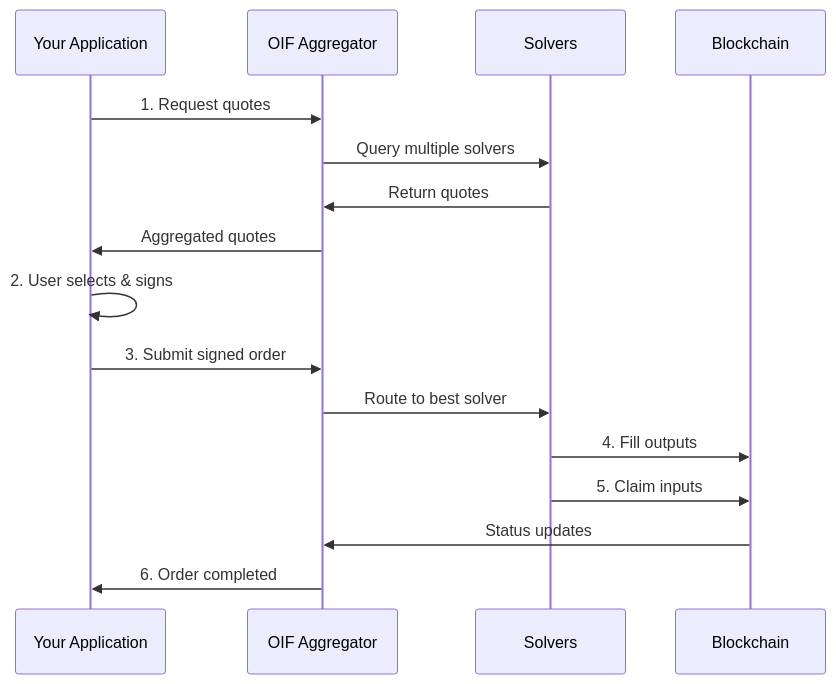
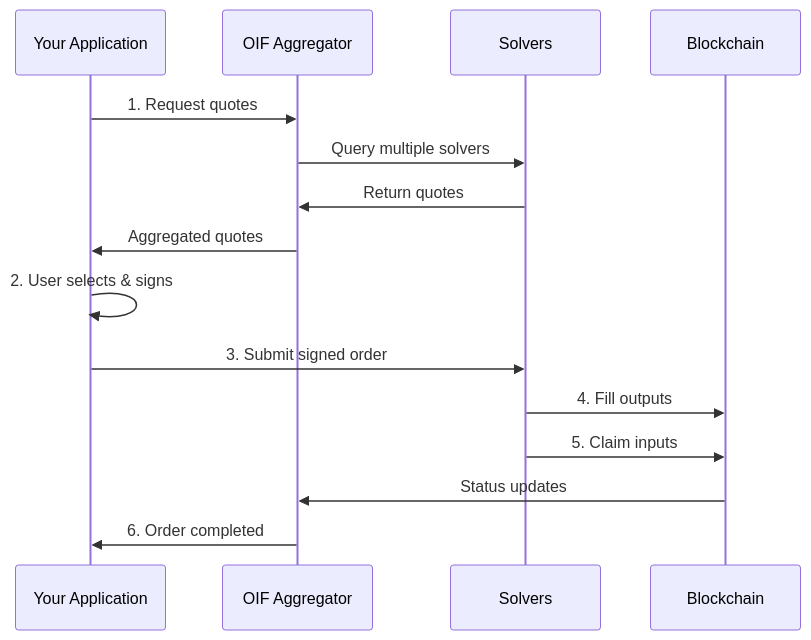
One commit to openintentsframework/oif-docs changed the diagram in content/docs/integration/overview.mdx. Above: the diagram before and after it, drawn with Mermaid. The commit also changed other lines of this file and 11 other files, not shown here.

````diff
--- a/content/docs/integration/overview.mdx
+++ b/content/docs/integration/overview.mdx
@@ -62,22 +15,21 @@
 ```mermaid
 sequenceDiagram
     participant App as Your Application
     participant API as OIF Aggregator
     participant Solver as Solvers
     participant Chain as Blockchain
 
     App->>API: 1. Request quotes
     API->>Solver: Query multiple solvers
     Solver->>API: Return quotes
     API->>App: Aggregated quotes
     
     App->>App: 2. User selects & signs
-    App->>API: 3. Submit signed order
+    App->>Solver: 3. Submit signed order
     
-    API->>Solver: Route to best solver
     Solver->>Chain: 4. Fill outputs
     Solver->>Chain: 5. Claim inputs
     
     Chain->>API: Status updates
     API->>App: 6. Order completed
 ```
````
